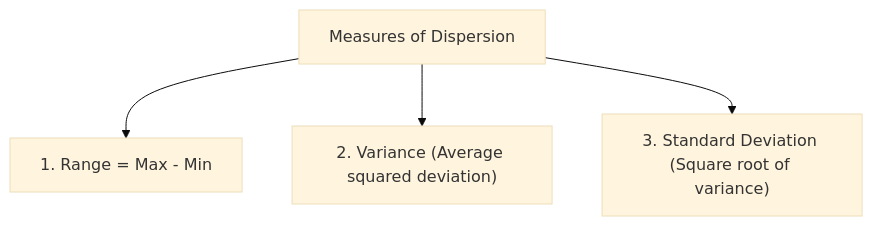
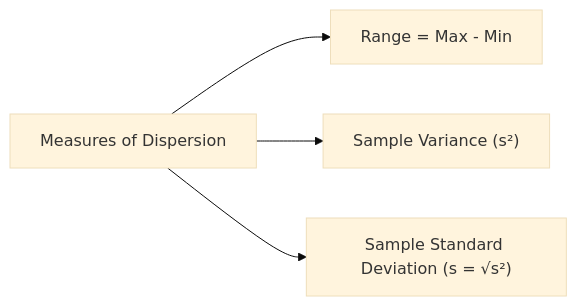
The second of 3 diagrams in content/Year 1/Mathematics in the Modern World/5. Data Management - Measures of Central Tendency and Dispersion.md (aidocmr/learn-bscs), drawn with Mermaid (base theme) before and after one commit. The commit also changed other lines of this file and 41 other files, not shown here.

````diff
--- a/content/Year 1/Mathematics in the Modern World/5. Data Management - Measures of Central Tendency and Dispersion.md
+++ b/content/Year 1/Mathematics in the Modern World/5. Data Management - Measures of Central Tendency and Dispersion.md
@@ -34,6 +57,6 @@
 ```mermaid
-graph TD
-    Disp["Measures of Dispersion"] --> Range["1. Range = Max - Min"]
-    Disp --> Var["2. Variance (Average squared deviation)"]
-    Disp --> SD["3. Standard Deviation (Square root of variance)"]
+graph LR
+    Disp["Measures of Dispersion"] --> R["Range = Max - Min"]
+    Disp --> V["Sample Variance (s²)"]
+    Disp --> SD["Sample Standard Deviation (s = √s²)"]
 ```
````
